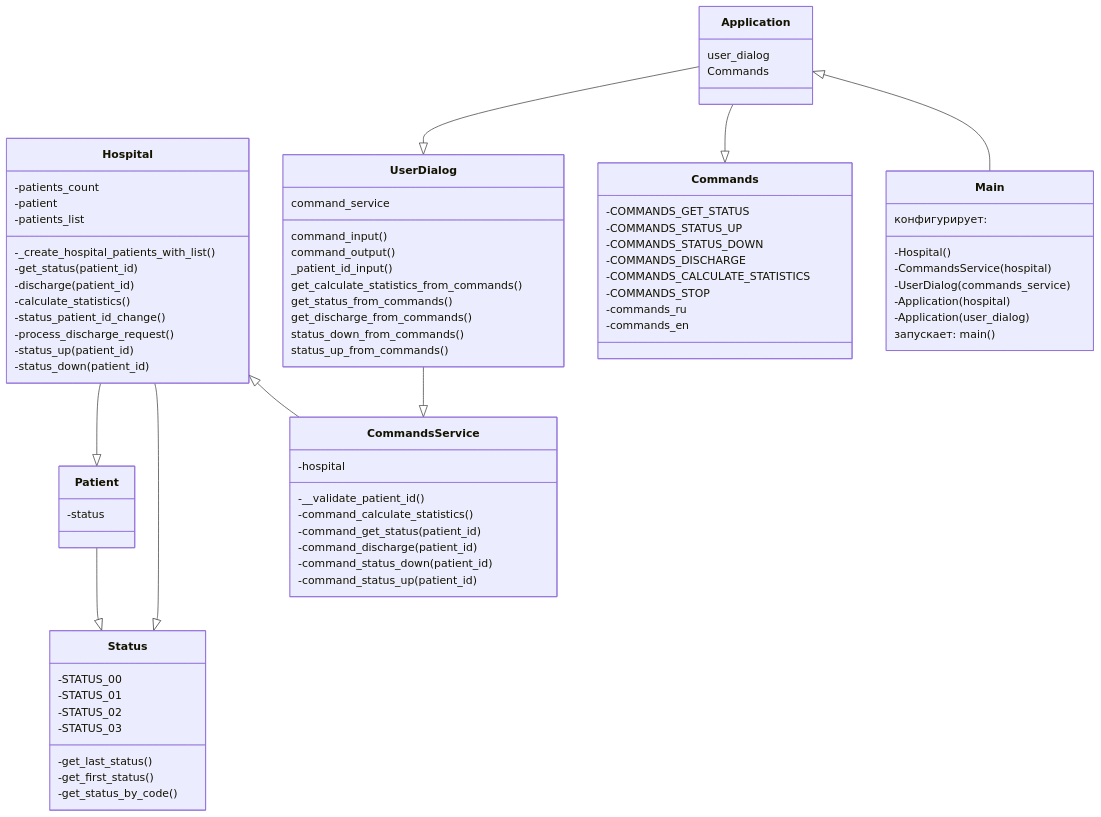
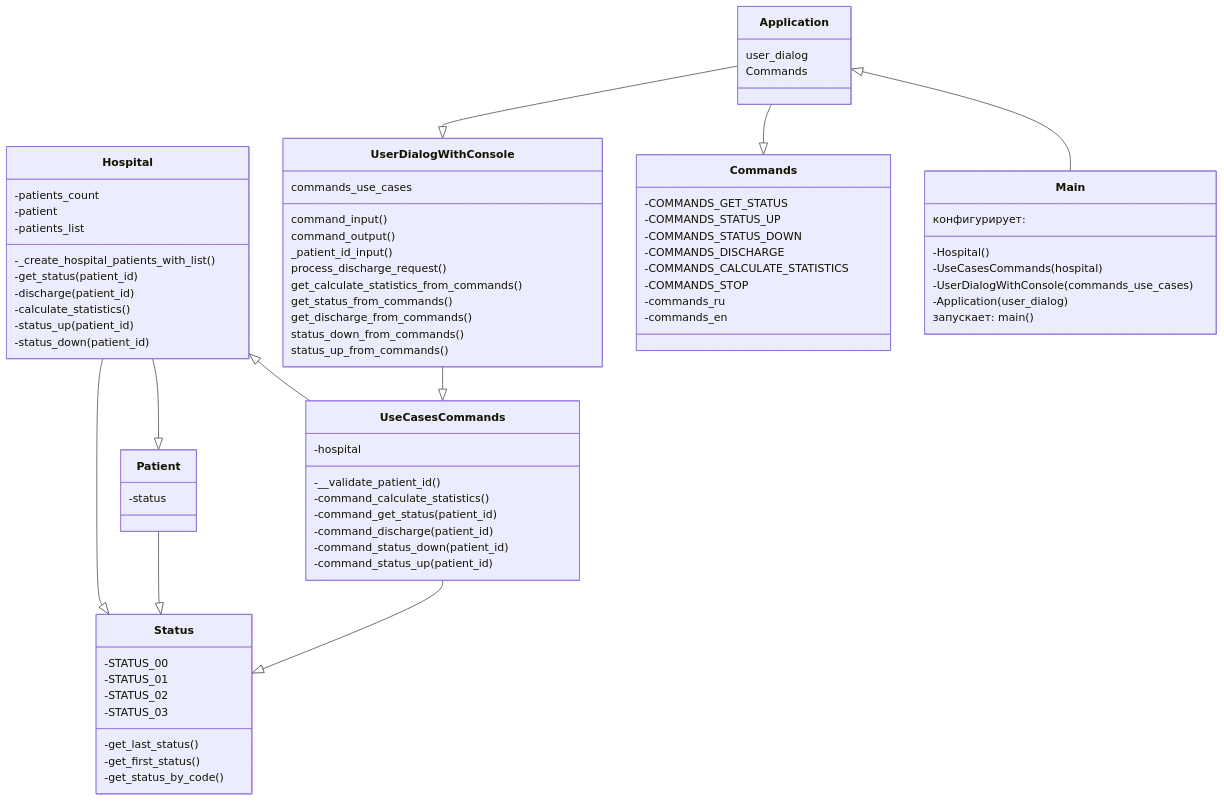
The first of 2 diagrams in README.md (NikitaSivolobov/hospital_app), drawn with Mermaid before and after one commit. The commit also changed other lines of this file and 15 other files, not shown here.

````diff
--- a/README.md
+++ b/README.md
@@ -48,11 +53,12 @@
 ```mermaid
 classDiagram
-    Hospital --|> Patient
+        Hospital --|> Patient
     Hospital --|> Status
     Patient --|> Status
-    Hospital <|-- CommandsService
-    UserDialog --|> CommandsService
-    Application --|> UserDialog
+    Hospital <|-- UseCasesCommands
+    UseCasesCommands --|> Status
+    UserDialogWithConsole --|> UseCasesCommands
+    Application --|> UserDialogWithConsole
     Application --|> Commands
     Application <|-- Main
     
@@ -64,8 +70,6 @@
       -get_status(patient_id)
       -discharge(patient_id)
       -calculate_statistics()
-      -status_patient_id_change()
-      -process_discharge_request()
       -status_up(patient_id)
       -status_down(patient_id)
     }
@@ -93,18 +97,19 @@
       -commands_ru
       -commands_en
     }
-    class UserDialog{
-        command_service
+    class UserDialogWithConsole{
+        commands_use_cases
         command_input()
         command_output()
         _patient_id_input()
+        process_discharge_request()
         get_calculate_statistics_from_commands()
         get_status_from_commands()
         get_discharge_from_commands()
         status_down_from_commands()
         status_up_from_commands()
     }
-    class CommandsService{
+    class UseCasesCommands{
       -hospital
     
       -__validate_patient_id()
@@ -121,9 +126,8 @@
     class Main{
         конфигурирует:
         -Hospital()
-        -CommandsService(hospital)
-        -UserDialog(commands_service)
-        -Application(hospital)
+        -UseCasesCommands(hospital)
+        -UserDialogWithConsole(commands_use_cases)
         -Application(user_dialog)
         запускает: main()
     }
````
